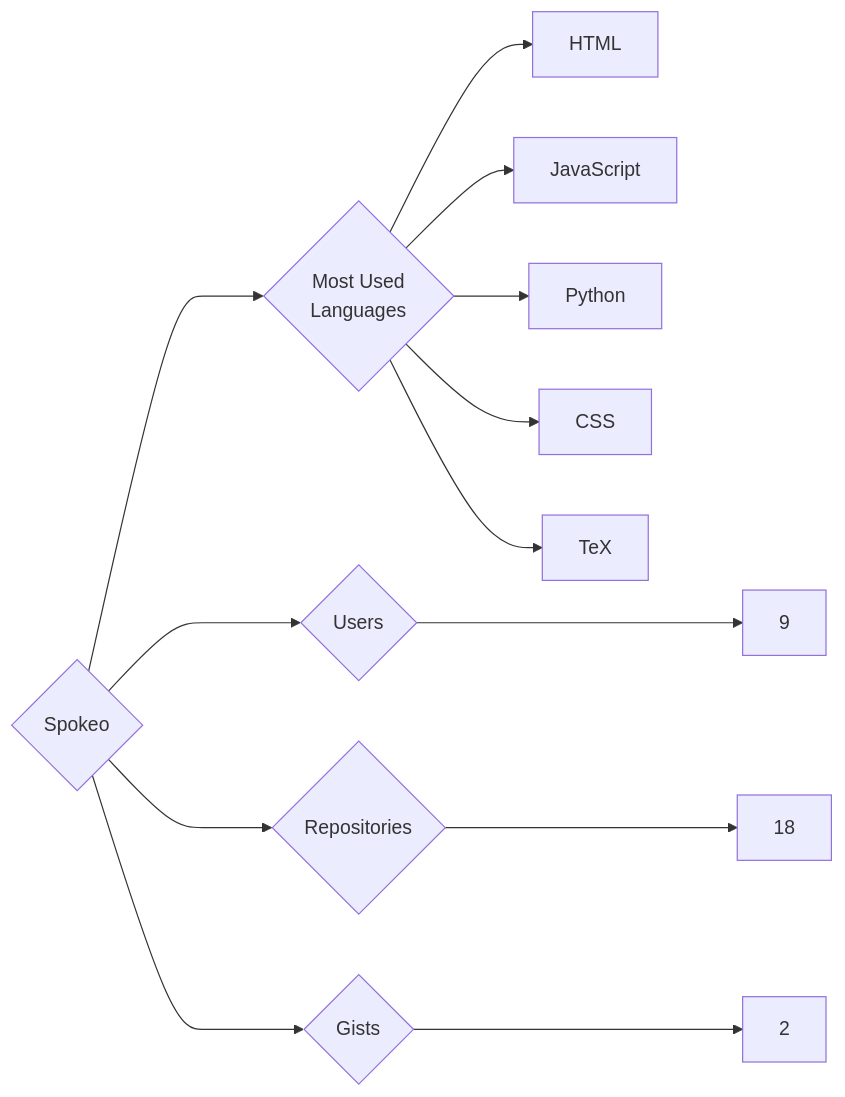
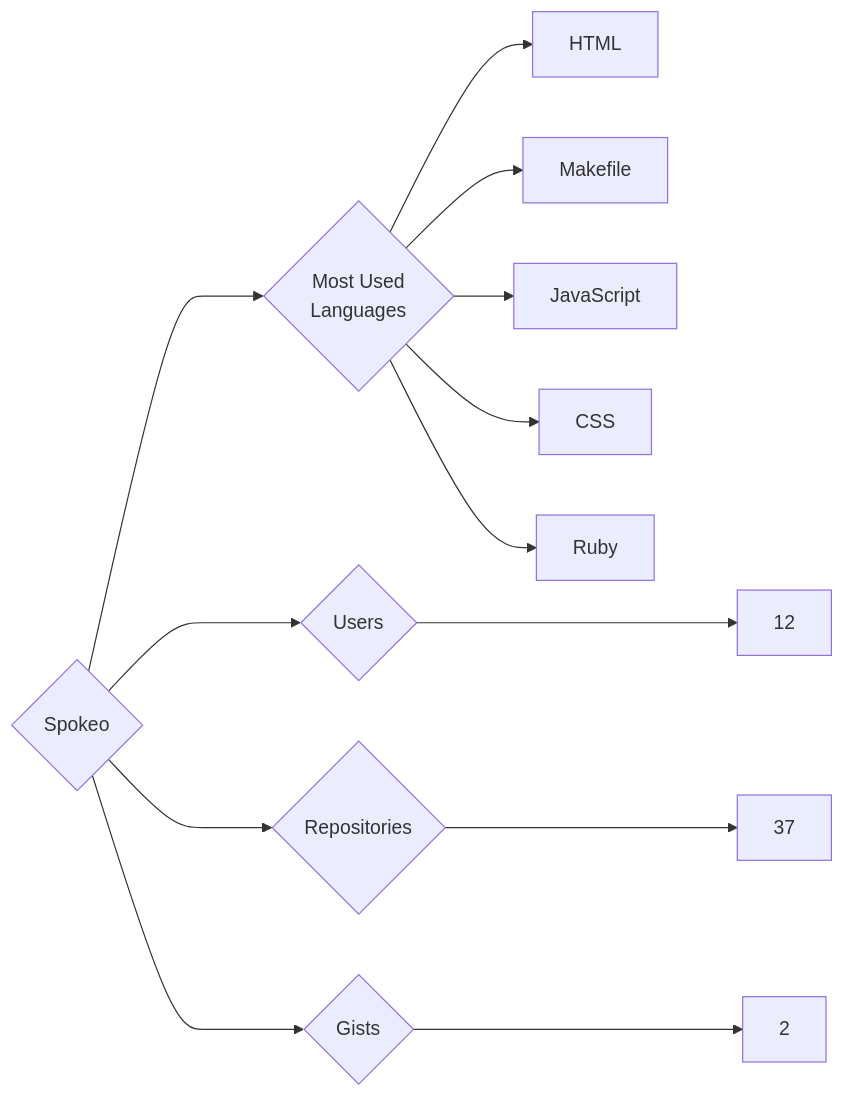
Before and after one commit to trickest/insiders: the diagram in targets/Spokeo/README.md, drawn with Mermaid. The commit also changed 725 other files, not shown here.

````diff
--- a/targets/Spokeo/README.md
+++ b/targets/Spokeo/README.md
@@ -3,13 +3,13 @@
 ```mermaid
 graph LR
 COMPANY_NAME{Spokeo}
-COMPANY_NAME ---> U{Users} ---> UN[9]
-COMPANY_NAME ---> R{Repositories} ---> RN[18]
+COMPANY_NAME ---> U{Users} ---> UN[12]
+COMPANY_NAME ---> R{Repositories} ---> RN[37]
 COMPANY_NAME ---> G{Gists} ---> GN[2]
 COMPANY_NAME ---> ML{Most Used<br>Languages}
 ML --> HTML[HTML]
+ML --> Makefile[Makefile]
 ML --> JavaScript[JavaScript]
-ML --> Python[Python]
 ML --> CSS[CSS]
-ML --> TeX[TeX]
+ML --> Ruby[Ruby]
 ```
````
